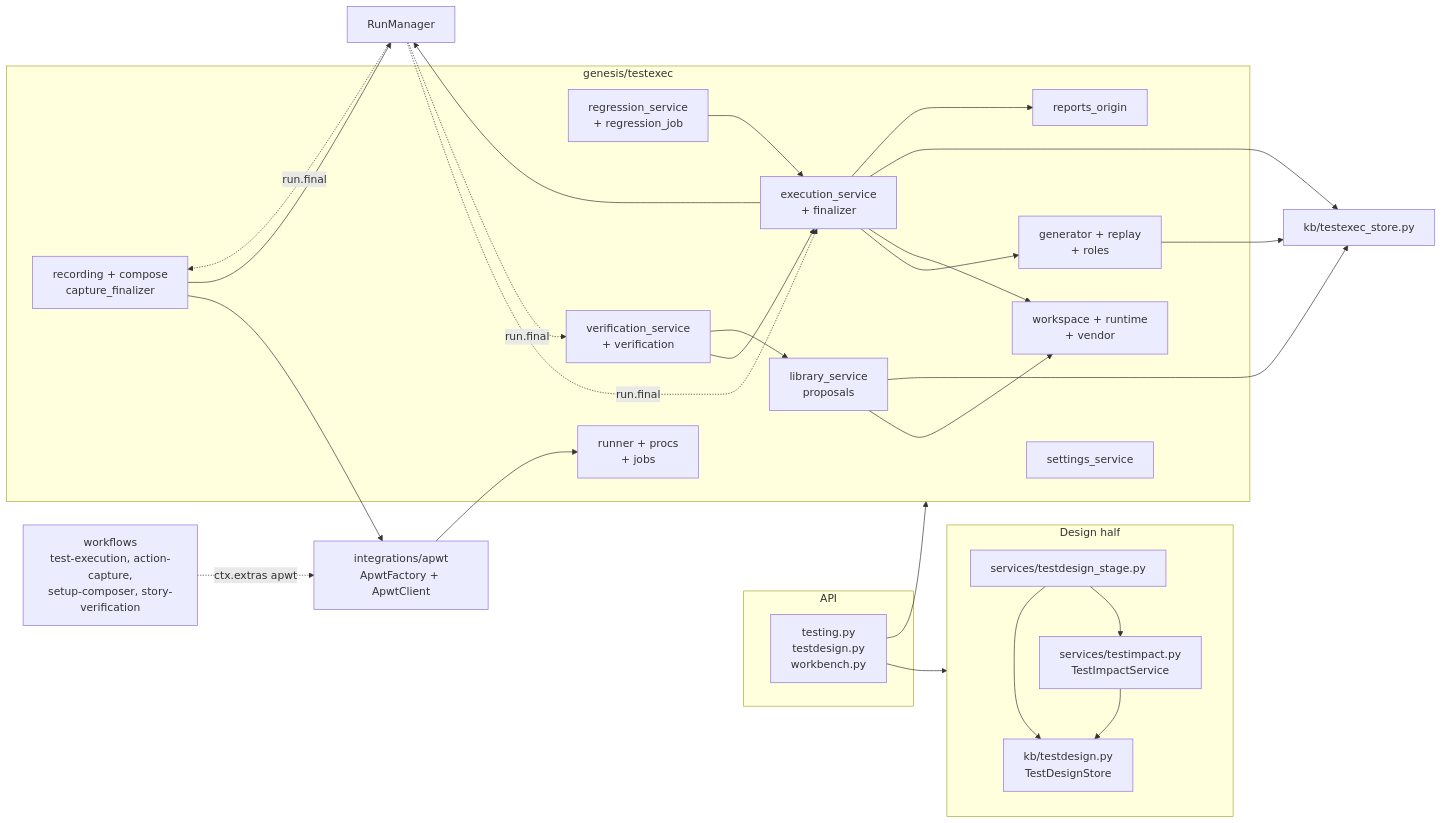
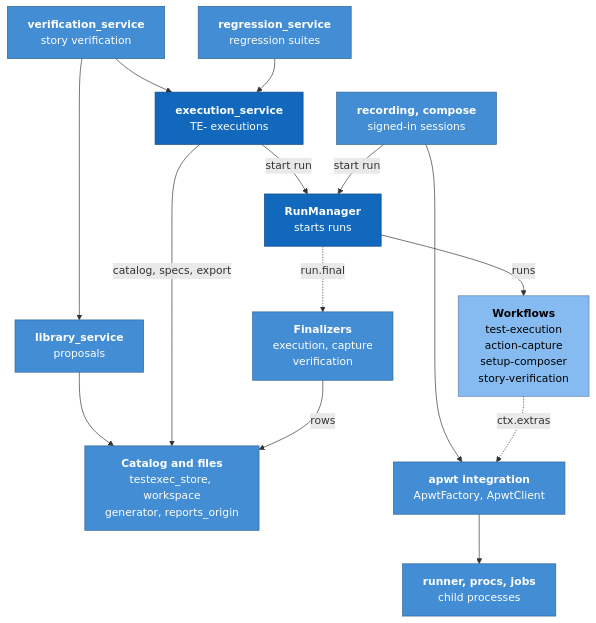
The second of 7 diagrams in genesis/architecture/modules/testing.md (ram-020998/project-tracker), drawn with Mermaid before and after one commit. The commit also changed other lines of this file and 24 other files, not shown here.

First line of the commit message:
architecture: rewrite all 86 Mermaid diagrams to one C4 style, each render-checked

````diff
--- a/genesis/architecture/modules/testing.md
+++ b/genesis/architecture/modules/testing.md
@@ -64,40 +88,36 @@
 ```mermaid
-flowchart LR
-    subgraph api["API"]
-        rt["testing.py<br/>testdesign.py<br/>workbench.py"]
-    end
-    subgraph design["Design half"]
-        td["kb/testdesign.py<br/>TestDesignStore"]
-        ti["services/testimpact.py<br/>TestImpactService"]
-        tds["services/testdesign_stage.py"]
-    end
-    subgraph exec["genesis/testexec"]
-        set["settings_service"]
-        ws["workspace + runtime<br/>+ vendor"]
-        lib["library_service<br/>proposals"]
-        rec["recording + compose<br/>capture_finalizer"]
-        gen["generator + replay<br/>+ roles"]
-        ex["execution_service<br/>+ finalizer"]
-        reg["regression_service<br/>+ regression_job"]
-        ver["verification_service<br/>+ verification"]
-        run["runner + procs<br/>+ jobs"]
-        ro["reports_origin"]
-    end
-    ap["integrations/apwt<br/>ApwtFactory + ApwtClient"]
-    st["kb/testexec_store.py"]
-    rm["RunManager"]
-    wf["workflows<br/>test-execution, action-capture,<br/>setup-composer, story-verification"]
-    rt --> design & exec
-    tds --> td & ti
-    ti --> td
-    lib --> ws & st
-    gen --> st
-    ex --> gen & ws & st & rm
+flowchart TB
+    ver["<b>verification_service</b><br/>story verification"]:::comp
+    reg["<b>regression_service</b><br/>regression suites"]:::comp
+    lib["<b>library_service</b><br/>proposals"]:::comp
+    rec["<b>recording, compose</b><br/>signed-in sessions"]:::comp
+
+    ex["<b>execution_service</b><br/>TE- executions"]:::core
+
+    cat["<b>Catalog and files</b><br/>testexec_store, workspace<br/>generator, reports_origin"]:::comp
+    rm["<b>RunManager</b><br/>starts runs"]:::core
+
+    wf["<b>Workflows</b><br/>test-execution<br/>action-capture<br/>setup-composer<br/>story-verification"]:::proc
+    fin["<b>Finalizers</b><br/>execution, capture<br/>verification"]:::comp
+
+    ap["<b>apwt integration</b><br/>ApwtFactory, ApwtClient"]:::comp
+    run["<b>runner, procs, jobs</b><br/>child processes"]:::comp
+
+    ver --> lib
+    ver --> ex
     reg --> ex
-    ver --> ex & lib
-    rec --> ap & rm
-    wf -. "ctx.extras apwt" .-> ap
+    lib --> cat
+    ex -- "catalog, specs, export" --> cat
+    ex -- "start run" --> rm
+    rec -- "start run" --> rm
+    rec --> ap
+    rm -- "runs" --> wf
+    rm -. "run.final" .-> fin
+    fin -- "rows" --> cat
+    wf -. "ctx.extras" .-> ap
     ap --> run
-    ex --> ro
-    rm -. "run.final" .-> ex & rec & ver
+
+    classDef core fill:#1168bd,stroke:#0b4884,color:#ffffff
+    classDef comp fill:#438dd5,stroke:#2e6295,color:#ffffff
+    classDef proc fill:#85bbf0,stroke:#5d82a8,color:#000000
 ```
````
